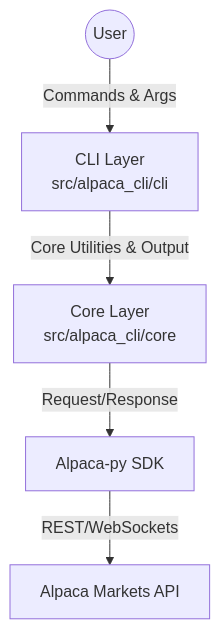
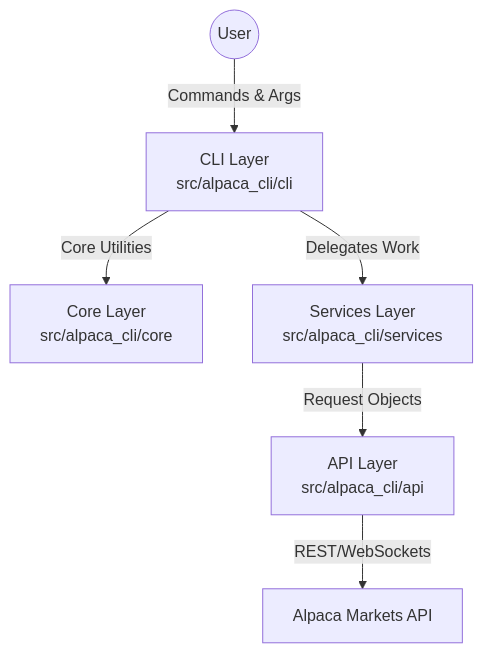
One commit to NISCHALPI/alpaca-cli changed the diagram in AGENTS.md. Above: the diagram before and after it, drawn with Mermaid. The commit also changed other lines of this file and 38 other files, not shown here.

````diff
--- a/AGENTS.md
+++ b/AGENTS.md
@@ -10,7 +10,8 @@
 ```mermaid
 graph TD
     User((User)) -->|Commands & Args| CLI[CLI Layer<br/>src/alpaca_cli/cli]
-    CLI -->|Core Utilities & Output| Core[Core Layer<br/>src/alpaca_cli/core]
-    Core -->|Request/Response| AlpacaSDK[Alpaca-py SDK]
-    AlpacaSDK -->|REST/WebSockets| AlpacaAPI[Alpaca Markets API]
+    CLI -->|Core Utilities| Core[Core Layer<br/>src/alpaca_cli/core]
+    CLI -->|Delegates Work| Services[Services Layer<br/>src/alpaca_cli/services]
+    Services -->|Request Objects| API[API Layer<br/>src/alpaca_cli/api]
+    API -->|REST/WebSockets| AlpacaAPI[Alpaca Markets API]
 ```
````
